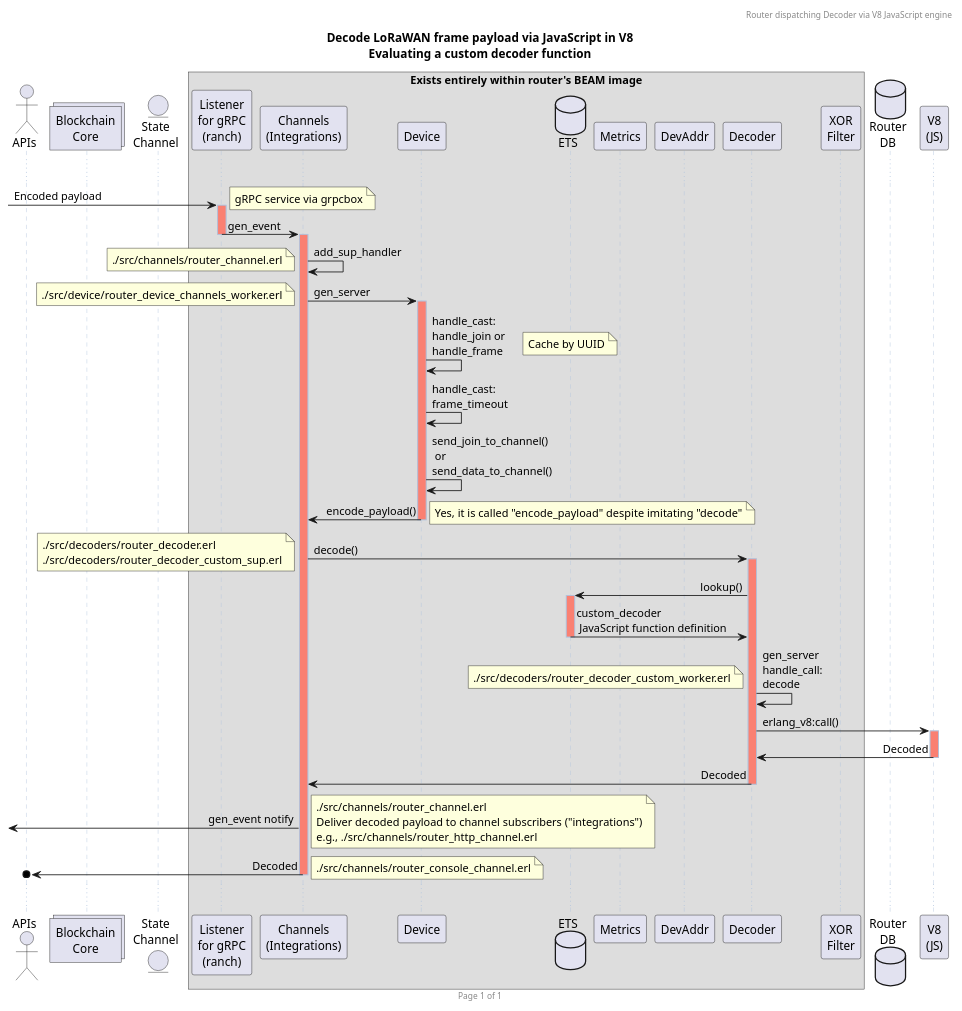
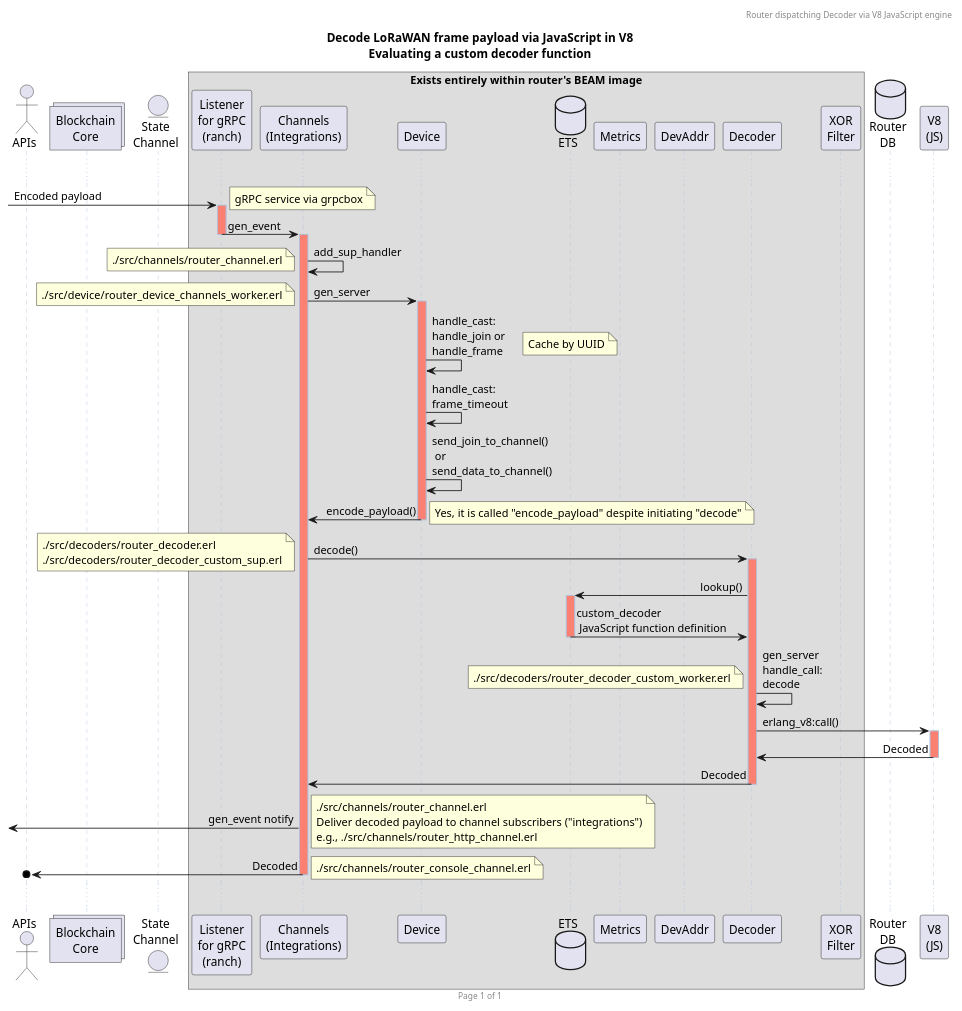
The diagram in docs/decoder.plantuml (helium/router), drawn with PlantUML before and after one commit. The commit also changed 2 other files, not shown here.

```diff
--- a/docs/decoder.plantuml
+++ b/docs/decoder.plantuml
@@ -4,80 +4,80 @@
 @startuml
 
 header Router dispatching Decoder via V8 JavaScript engine
 footer Page %page% of %lastpage%
 
 ' Preserve same sequence across all diagrams:
 ' (intentionally omitted: Lager)
 actor        APIs                           as api      order 1
 collections  "Blockchain\nCore"             as core     order 10
 entity       "State\nChannel"               as sc       order 20
 box "Exists entirely within router's BEAM image"
 participant  "Listener\nfor gRPC\n(ranch)"  as listener order 30
 'control      "Router\ninit/1"               as init     order 40
 participant  "Channels\n(Integrations)"     as channels order 50
 participant  Device                         as device   order 60
 database     ETS                            as ets      order 61
 participant  Metrics                        as metrics  order 70
 participant  DevAddr                        as devaddr  order 80
 participant  Decoder                        as decoder  order 90
 participant  "XOR\nFilter"                  as xor      order 99
 end box
 database     "Router\nDB"                   as db       order 100
 participant  "V8\n(JS)"                     as v8       order 200
 
 title
         Decode LoRaWAN frame payload via JavaScript in V8
         Evaluating a custom decoder function
 end title
 
 skinparam sequence {
         LifeLineBorderColor #LightSteelBlue
         LifeLineBackgroundColor #Salmon
         MessageAlign direction
 }
 
 ...
 
 [-> listener ++: Encoded payload
 note right: gRPC service via grpcbox
 listener -> channels --++ : gen_event
 channels -> channels : add_sup_handler
 note left: ./src/channels/router_channel.erl
 
 channels -> device ++ : gen_server
 note left: ./src/device/router_device_channels_worker.erl
 
 device -> device : handle_cast:\nhandle_join or\nhandle_frame
 note right: Cache by UUID
 
 device -> device : handle_cast:\nframe_timeout
 device -> device : send_join_to_channel()\n or\nsend_data_to_channel()
 channels <- device -- : encode_payload()
-note right: Yes, it is called "encode_payload" despite imitating "decode"
+note right: Yes, it is called "encode_payload" despite initiating "decode"
 
 channels -> decoder ++ : decode()
 note left
         ./src/decoders/router_decoder.erl
         ./src/decoders/router_decoder_custom_sup.erl
 end note
 decoder -> ets ++ : lookup()
 decoder <- ets -- : custom_decoder\n JavaScript function definition
 decoder -> decoder : gen_server\nhandle_call:\ndecode
 note left: ./src/decoders/router_decoder_custom_worker.erl
 decoder -> v8 ++ : erlang_v8:call()
 decoder <- v8 -- : Decoded
 channels <- decoder -- : Decoded
 
 [<- channels : gen_event notify
 note right
         ./src/channels/router_channel.erl
         Deliver decoded payload to channel subscribers ("integrations")
         e.g., ./src/channels/router_http_channel.erl
 end note
 
 channels ->o api -- : Decoded
 note right: ./src/channels/router_console_channel.erl
 
 ...
 
 @enduml
```
